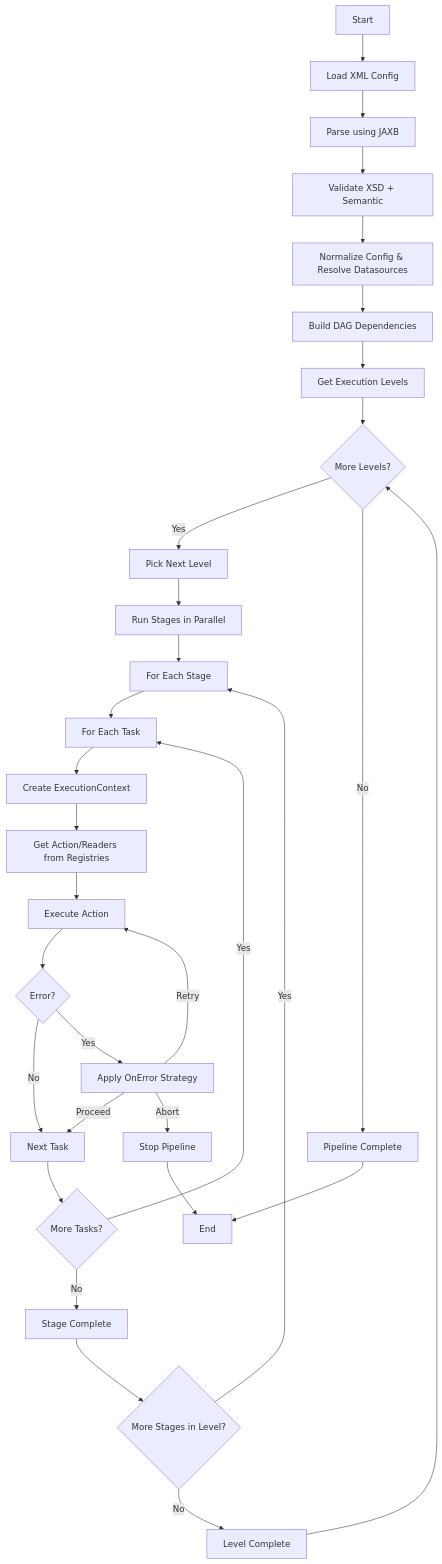
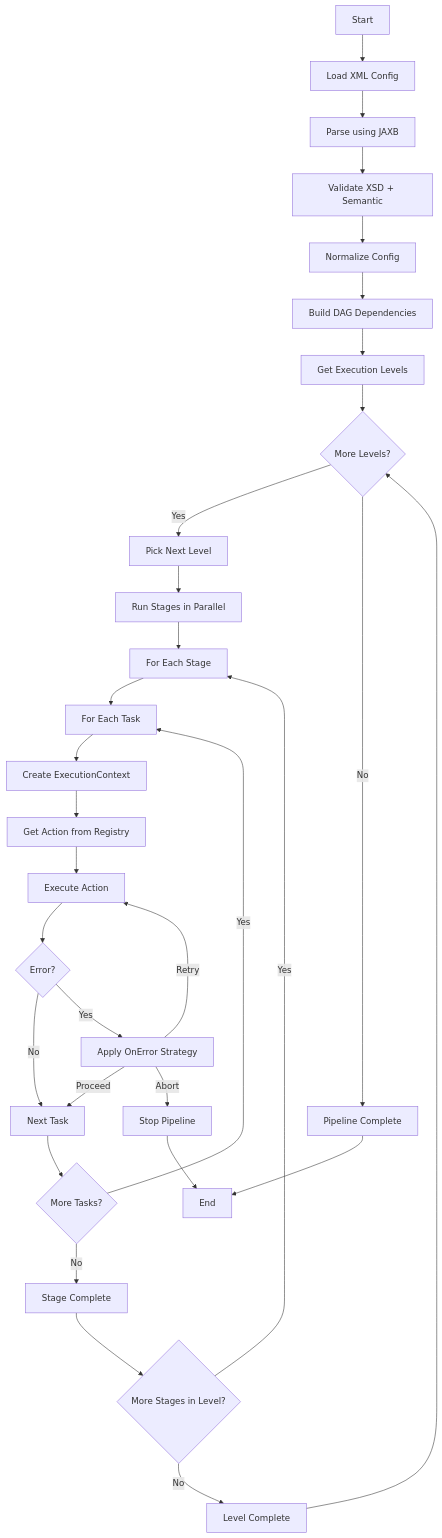
The first of 3 diagrams in README.md (Rohitangshu2026/data-pipeline-framework), drawn with Mermaid before and after one commit. The commit also changed other lines of this file, not shown here.

````diff
--- a/README.md
+++ b/README.md
@@ -84,46 +88,47 @@
 ```mermaid
 flowchart TD
 
 A[Start]
 B[Load XML Config]
 C[Parse using JAXB]
 D[Validate XSD + Semantic]
-E[Normalize Config & Resolve Datasources]
+E[Normalize Config]
 F[Build DAG Dependencies]
 G[Get Execution Levels]
 H{More Levels?}
 I[Pick Next Level]
 J[Run Stages in Parallel]
 K[For Each Stage]
 L[For Each Task]
 M[Create ExecutionContext]
-N[Get Action/Readers from Registries]
+N[Get Action from Registry]
 O[Execute Action]
 P{Error?}
 Q[Next Task]
 R[Apply OnError Strategy]
 S{More Tasks?}
 T[Stage Complete]
 U{More Stages in Level?}
 V[Level Complete]
 W[Pipeline Complete]
 X[End]
 Z[Stop Pipeline]
 
 A --> B --> C --> D --> E --> F --> G --> H
 H -->|Yes| I --> J --> K --> L --> M --> N --> O --> P
 P -->|No| Q
 P -->|Yes| R
 R -->|Retry| O
 R -->|Proceed| Q
 R -->|Abort| Z
 Q --> S
 S -->|Yes| L
 S -->|No| T
 T --> U
 U -->|Yes| K
 U -->|No| V
 V --> H
 H -->|No| W --> X
 Z --> X
+
 ```
````
